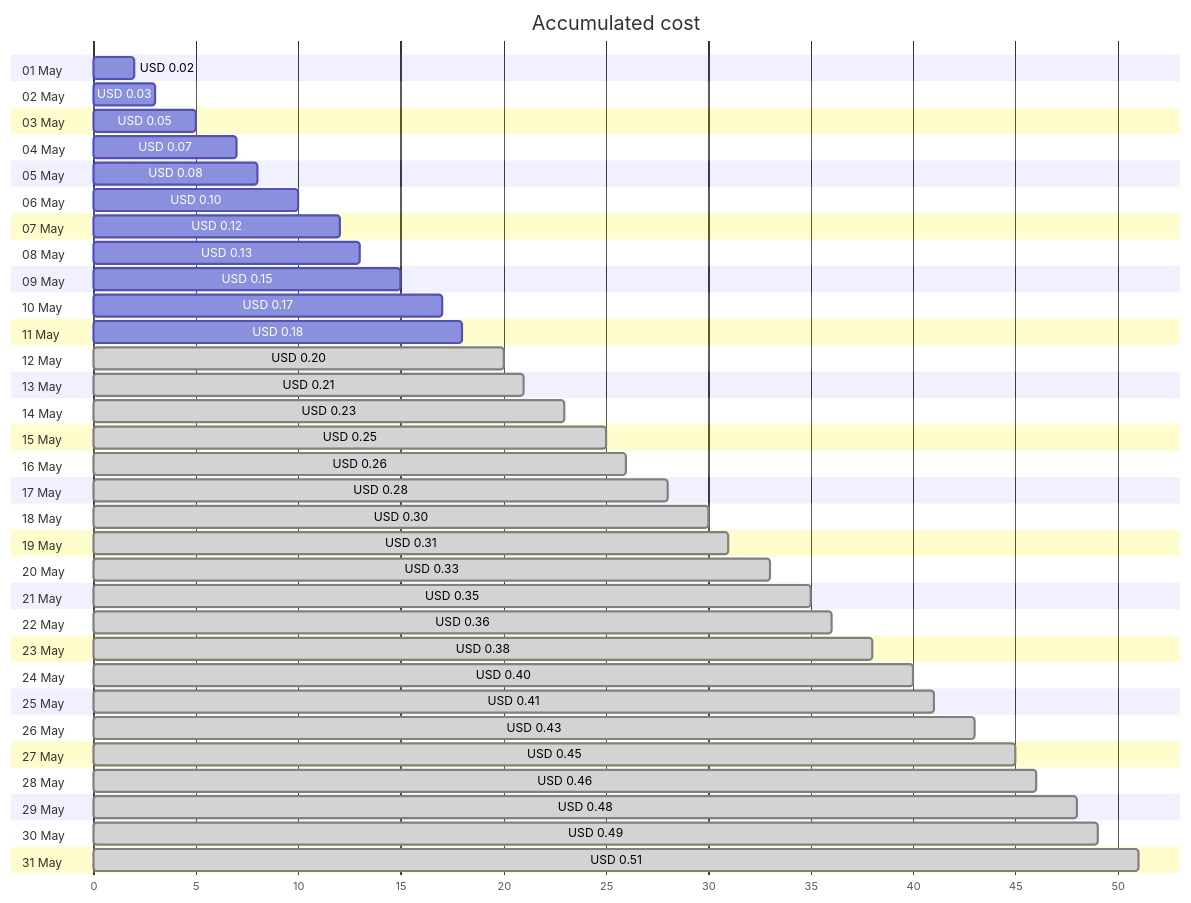
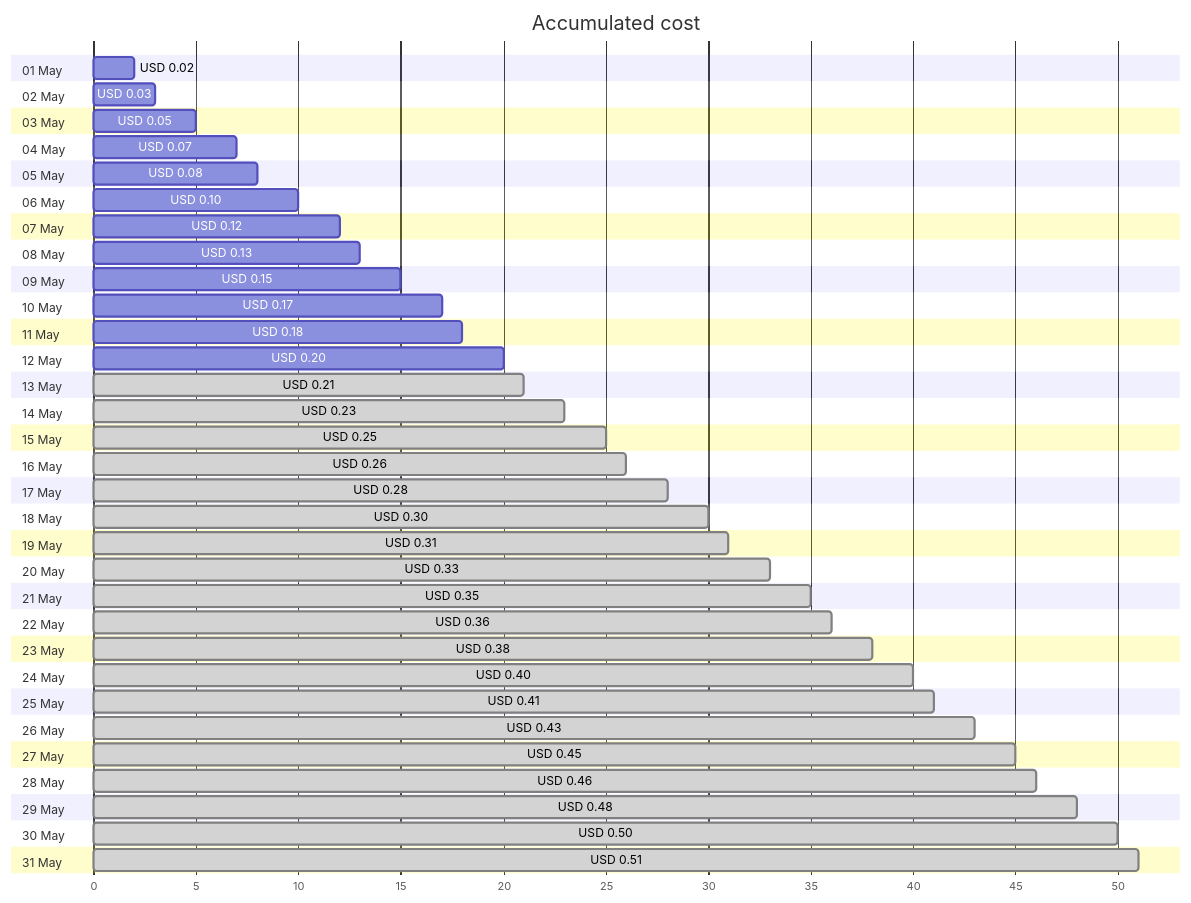
The first of 4 diagrams in cost-reports/personal-dns/jpatrickfulton.dev.md (jpfulton/azure-personal-reports), drawn with Mermaid before and after one commit. The commit also changed other lines of this file and 2 other files, not shown here.

````diff
--- a/cost-reports/personal-dns/jpatrickfulton.dev.md
+++ b/cost-reports/personal-dns/jpatrickfulton.dev.md
@@ -20,68 +20,68 @@
 ```mermaid
 gantt
    title Accumulated cost
    dateFormat  X
    axisFormat %s
    section 01 May
    USD 0.02 :0, 2
    section 02 May
    USD 0.03 :0, 3
    section 03 May
    USD 0.05 :0, 5
    section 04 May
    USD 0.07 :0, 7
    section 05 May
    USD 0.08 :0, 8
    section 06 May
    USD 0.10 :0, 10
    section 07 May
    USD 0.12 :0, 12
    section 08 May
    USD 0.13 :0, 13
    section 09 May
    USD 0.15 :0, 15
    section 10 May
    USD 0.17 :0, 17
    section 11 May
    USD 0.18 :0, 18
    section 12 May
-   USD 0.20 : done, 0, 20
+   USD 0.20 :0, 20
    section 13 May
    USD 0.21 : done, 0, 21
    section 14 May
    USD 0.23 : done, 0, 23
    section 15 May
    USD 0.25 : done, 0, 25
    section 16 May
    USD 0.26 : done, 0, 26
    section 17 May
    USD 0.28 : done, 0, 28
    section 18 May
    USD 0.30 : done, 0, 30
    section 19 May
    USD 0.31 : done, 0, 31
    section 20 May
    USD 0.33 : done, 0, 33
    section 21 May
    USD 0.35 : done, 0, 35
    section 22 May
    USD 0.36 : done, 0, 36
    section 23 May
    USD 0.38 : done, 0, 38
    section 24 May
    USD 0.40 : done, 0, 40
    section 25 May
    USD 0.41 : done, 0, 41
    section 26 May
    USD 0.43 : done, 0, 43
    section 27 May
    USD 0.45 : done, 0, 45
    section 28 May
    USD 0.46 : done, 0, 46
    section 29 May
    USD 0.48 : done, 0, 48
    section 30 May
-   USD 0.49 : done, 0, 49
+   USD 0.50 : done, 0, 50
    section 31 May
    USD 0.51 : done, 0, 51
 ```
````
